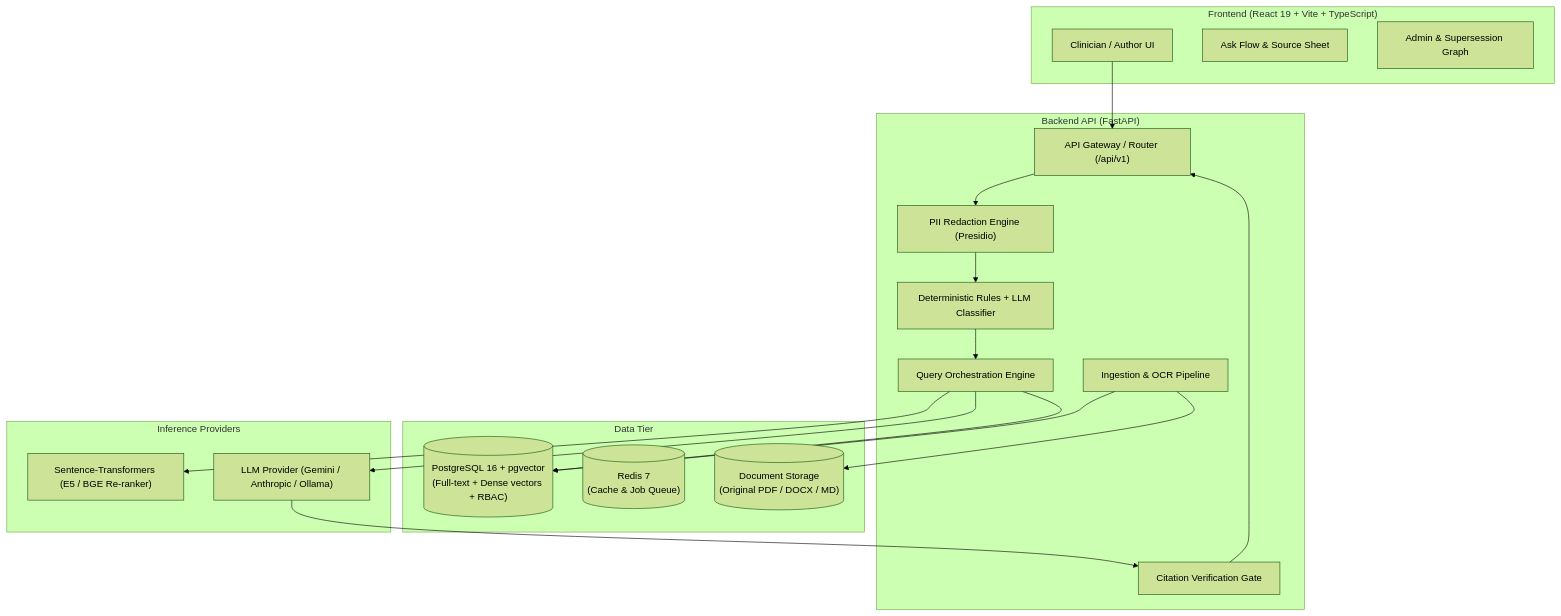
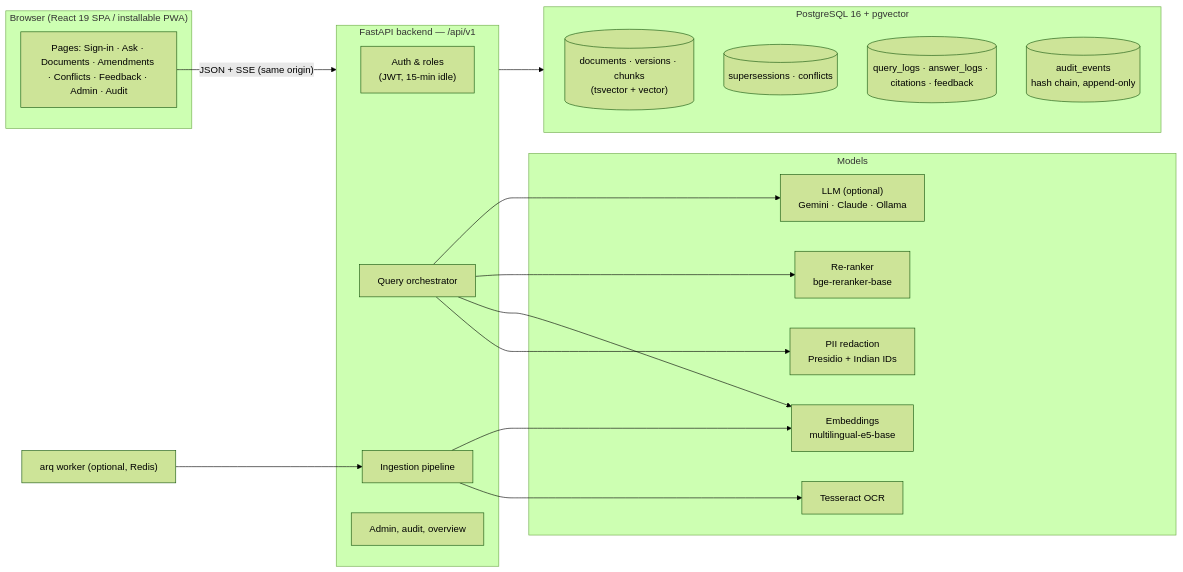
Before and after one commit to kalviumcommunity/S72_2627_RAG_Lumina: the first of 4 diagrams in docs/architecture.md, drawn with Mermaid (forest theme). The commit also changed other lines of this file and 132 other files, not shown here.

Commit message:
feat: complete Lumina clinical assistant with full audit hardening, UI redesign, and test coverage

````diff
--- a/docs/architecture.md
+++ b/docs/architecture.md
@@ -9,40 +14,34 @@
 ```mermaid
-graph TB
-    subgraph Client["Frontend (React 19 + Vite + TypeScript)"]
-        UI["Clinician / Author UI"]
-        Ask["Ask Flow & Source Sheet"]
-        Admin["Admin & Supersession Graph"]
+flowchart LR
+    subgraph Browser["Browser (React 19 SPA / installable PWA)"]
+        UI["Pages: Sign-in · Ask · Documents · Amendments · Conflicts · Feedback · Admin · Audit"]
     end
 
-    subgraph API["Backend API (FastAPI)"]
-        Router["API Gateway / Router (/api/v1)"]
-        Redactor["PII Redaction Engine (Presidio)"]
-        Classifier["Deterministic Rules + LLM Classifier"]
-        Orchestrator["Query Orchestration Engine"]
-        Verifier["Citation Verification Gate"]
-        Ingest["Ingestion & OCR Pipeline"]
+    subgraph API["FastAPI backend — /api/v1"]
+        Auth["Auth & roles<br/>(JWT, 15-min idle)"]
+        Orch["Query orchestrator"]
+        Ingest["Ingestion pipeline"]
+        AdminAPI["Admin, audit, overview"]
     end
 
-    subgraph Storage["Data Tier"]
-        PG[("PostgreSQL 16 + pgvector<br/>(Full-text + Dense vectors + RBAC)")]
-        Redis[("Redis 7<br/>(Cache & Job Queue)")]
-        FS[("Document Storage<br/>(Original PDF / DOCX / MD)")]
+    subgraph Models["Models"]
+        Emb["Embeddings<br/>multilingual-e5-base"]
+        Rr["Re-ranker<br/>bge-reranker-base"]
+        LLM["LLM (optional)<br/>Gemini · Claude · Ollama"]
+        PII["PII redaction<br/>Presidio + Indian IDs"]
+        OCR["Tesseract OCR"]
     end
 
-    subgraph Models["Inference Providers"]
-        ST["Sentence-Transformers (E5 / BGE Re-ranker)"]
-        LLM["LLM Provider (Gemini / Anthropic / Ollama)"]
+    subgraph Data["PostgreSQL 16 + pgvector"]
+        Docs[("documents · versions · chunks<br/>(tsvector + vector)")]
+        Links[("supersessions · conflicts")]
+        Logs[("query_logs · answer_logs · citations · feedback")]
+        AuditT[("audit_events<br/>hash chain, append-only")]
     end
 
-    UI --> Router
-    Router --> Redactor
-    Redactor --> Classifier
-    Classifier --> Orchestrator
-    Orchestrator --> PG
-    Orchestrator --> ST
-    Orchestrator --> LLM
-    LLM --> Verifier
-    Verifier --> Router
-    Ingest --> PG
-    Ingest --> FS
+    UI -- "JSON + SSE (same origin)" --> API
+    Orch --> PII & Emb & Rr & LLM
+    Ingest --> OCR & Emb
+    API --> Data
+    Worker["arq worker (optional, Redis)"] --> Ingest
 ```
````
